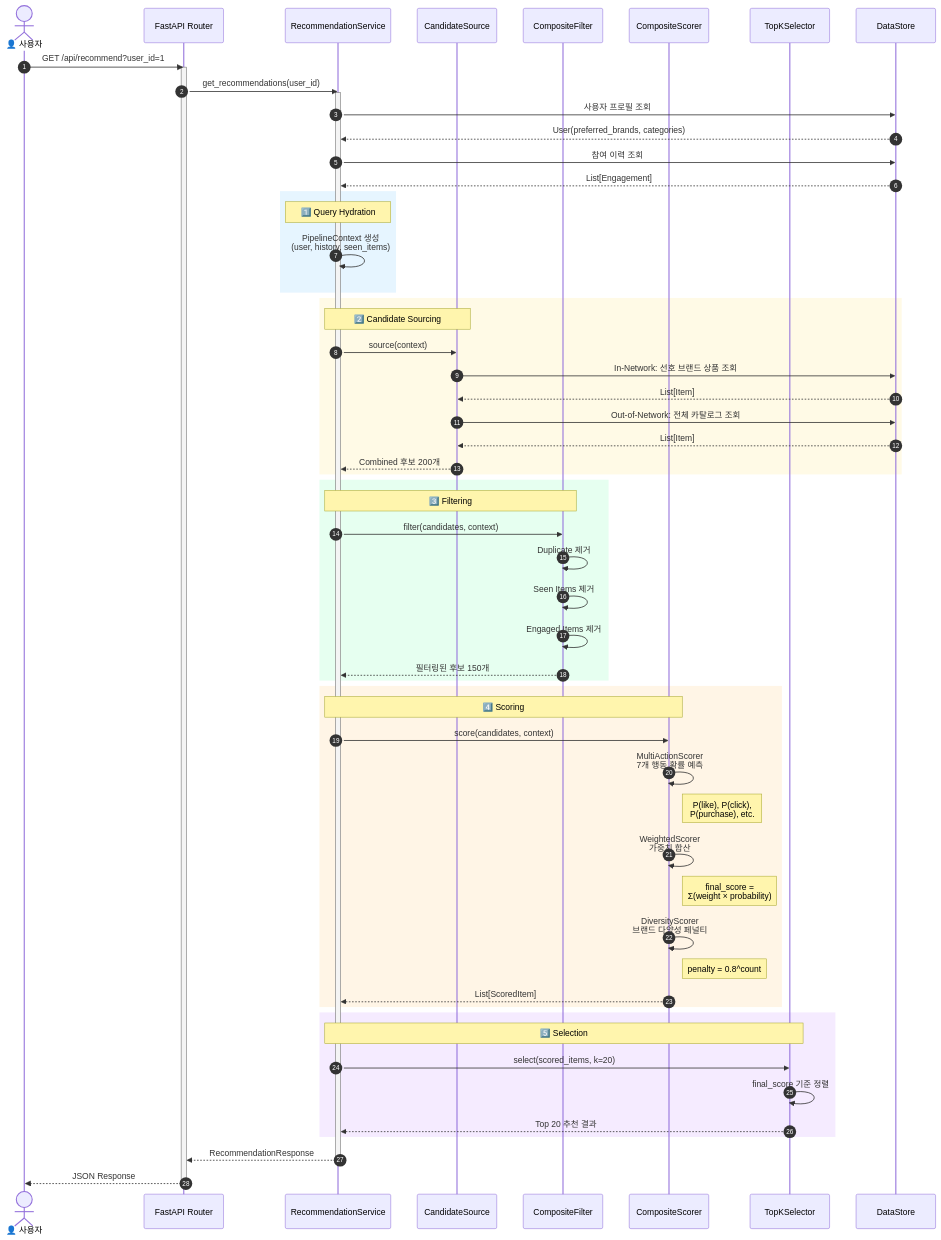
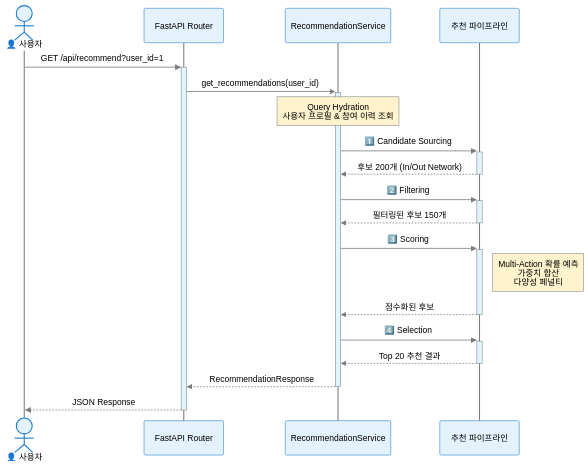
Before and after one commit to 01seok/mini-project-recommend: the fourth of 4 diagrams in README.md, drawn with Mermaid. The commit also changed other lines of this file and 6 other files, not shown here.

First line of the commit message:
[DOCS] docs: Mermaid 다크모드 대응 및 시퀀스 간략화

````diff
--- a/README.md
+++ b/README.md
@@ -358,77 +361,29 @@
 ```mermaid
+%%{init: {'theme':'base', 'themeVariables': {'primaryColor':'#ffffff', 'primaryTextColor':'#000000', 'primaryBorderColor':'#7C7C7C', 'lineColor':'#7C7C7C', 'secondaryColor':'#f0f0f0', 'tertiaryColor':'#ffffff', 'background':'#ffffff', 'mainBkg':'#ffffff', 'secondBkg':'#f0f0f0', 'edgeLabelBackground':'#ffffff', 'actorBkg':'#e3f2fd', 'actorBorder':'#1976d2', 'actorTextColor':'#000000', 'actorLineColor':'#7C7C7C', 'signalColor':'#7C7C7C', 'signalTextColor':'#000000', 'labelBoxBkgColor':'#f0f0f0', 'labelBoxBorderColor':'#7C7C7C', 'labelTextColor':'#000000', 'loopTextColor':'#000000', 'noteBorderColor':'#7C7C7C', 'noteBkgColor':'#fff3cd', 'noteTextColor':'#000000', 'activationBorderColor':'#7C7C7C', 'activationBkgColor':'#e1f5ff', 'sequenceNumberColor':'#000000'}}}%%
 sequenceDiagram
-    autonumber
     actor User as 👤 사용자
     participant API as FastAPI Router
     participant Service as RecommendationService
-    participant Source as CandidateSource
-    participant Filter as CompositeFilter
-    participant Scorer as CompositeScorer
-    participant Selector as TopKSelector
-    participant Store as DataStore
+    participant Pipeline as 추천 파이프라인
 
-    User->>API: GET /api/recommend?user_id=1
-    activate API
+    User->>+API: GET /api/recommend?user_id=1
+    API->>+Service: get_recommendations(user_id)
 
-    API->>Service: get_recommendations(user_id)
-    activate Service
+    Note over Service: Query Hydration<br/>사용자 프로필 & 참여 이력 조회
 
-    Service->>Store: 사용자 프로필 조회
-    Store-->>Service: User(preferred_brands, categories)
+    Service->>+Pipeline: 1️⃣ Candidate Sourcing
+    Pipeline-->>-Service: 후보 200개 (In/Out Network)
 
-    Service->>Store: 참여 이력 조회
-    Store-->>Service: List[Engagement]
+    Service->>+Pipeline: 2️⃣ Filtering
+    Pipeline-->>-Service: 필터링된 후보 150개
 
-    rect rgb(230, 245, 255)
-        Note over Service: 1️⃣ Query Hydration
-        Service->>Service: PipelineContext 생성<br/>(user, history, seen_items)
-    end
+    Service->>+Pipeline: 3️⃣ Scoring
+    Note right of Pipeline: Multi-Action 확률 예측<br/>가중치 합산<br/>다양성 페널티
+    Pipeline-->>-Service: 점수화된 후보
 
-    rect rgb(255, 250, 230)
-        Note over Service,Source: 2️⃣ Candidate Sourcing
-        Service->>Source: source(context)
-        Source->>Store: In-Network: 선호 브랜드 상품 조회
-        Store-->>Source: List[Item]
-        Source->>Store: Out-of-Network: 전체 카탈로그 조회
-        Store-->>Source: List[Item]
-        Source-->>Service: Combined 후보 200개
-    end
+    Service->>+Pipeline: 4️⃣ Selection
+    Pipeline-->>-Service: Top 20 추천 결과
 
-    rect rgb(230, 255, 240)
-        Note over Service,Filter: 3️⃣ Filtering
-        Service->>Filter: filter(candidates, context)
-        Filter->>Filter: Duplicate 제거
-        Filter->>Filter: Seen Items 제거
-        Filter->>Filter: Engaged Items 제거
-        Filter-->>Service: 필터링된 후보 150개
-    end
-
-    rect rgb(255, 245, 230)
-        Note over Service,Scorer: 4️⃣ Scoring
-        Service->>Scorer: score(candidates, context)
-
-        Scorer->>Scorer: MultiActionScorer<br/>7개 행동 확률 예측
-        Note right of Scorer: P(like), P(click),<br/>P(purchase), etc.
-
-        Scorer->>Scorer: WeightedScorer<br/>가중치 합산
-        Note right of Scorer: final_score =<br/>Σ(weight × probability)
-
-        Scorer->>Scorer: DiversityScorer<br/>브랜드 다양성 페널티
-        Note right of Scorer: penalty = 0.8^count
-
-        Scorer-->>Service: List[ScoredItem]
-    end
-
-    rect rgb(245, 235, 255)
-        Note over Service,Selector: 5️⃣ Selection
-        Service->>Selector: select(scored_items, k=20)
-        Selector->>Selector: final_score 기준 정렬
-        Selector-->>Service: Top 20 추천 결과
-    end
-
-    Service-->>API: RecommendationResponse
-    deactivate Service
-
-    API-->>User: JSON Response
-    deactivate API
+    Service-->>-API: RecommendationResponse
+    API-->>-User: JSON Response
 ```
````
